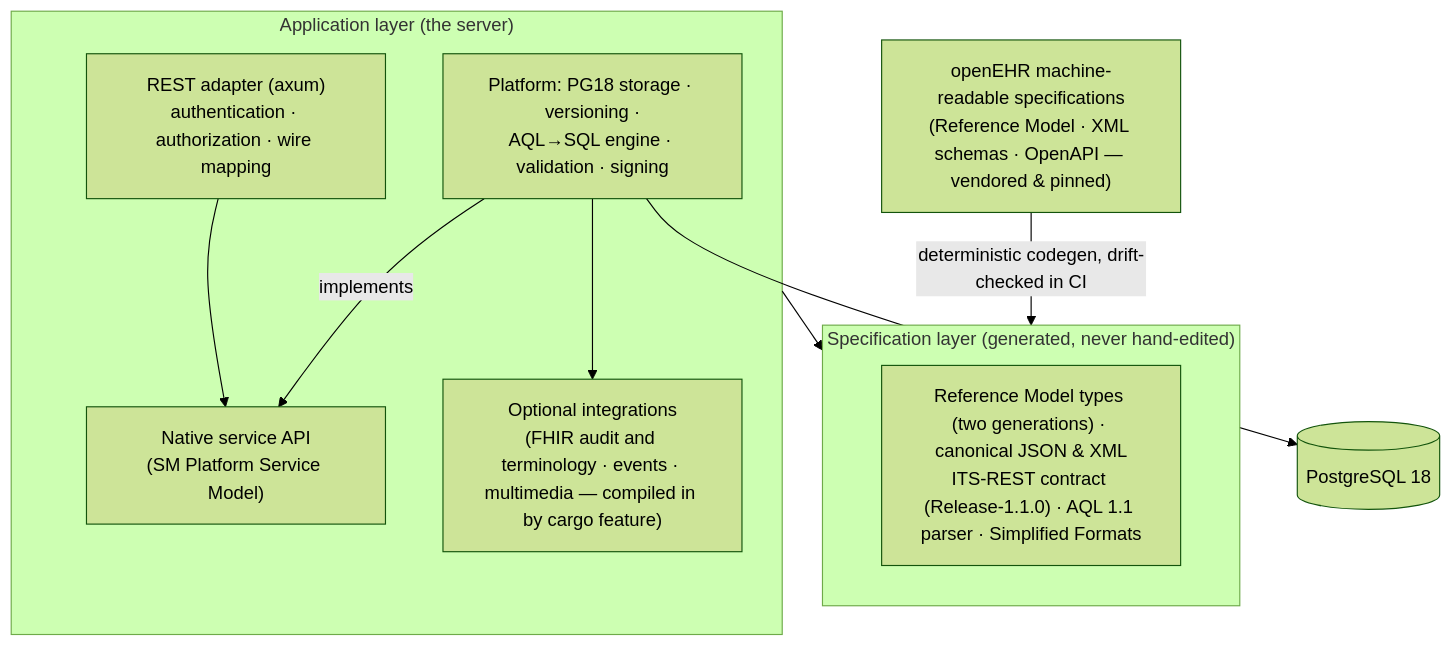
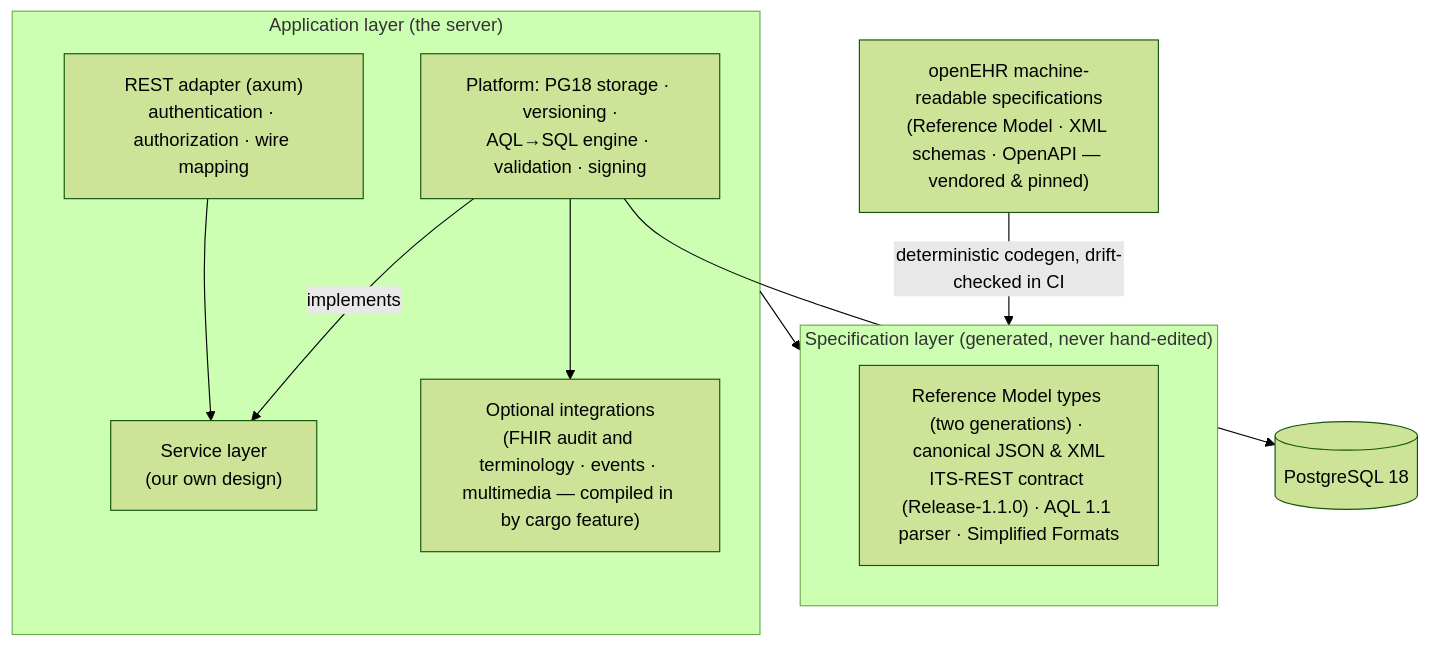
Before and after one commit to FerroHEALTH/FerroEHR: the first of 2 diagrams in website/book/src/concepts/architecture.md, drawn with Mermaid (forest theme). The commit also changed 69 other files, not shown here.

First line of the commit message:
docs: the Service Model is not an authority, the service layer is our own design (#4215)

````diff
--- a/website/book/src/concepts/architecture.md
+++ b/website/book/src/concepts/architecture.md
@@ -15,24 +15,24 @@
 ```mermaid
 flowchart TB
     specs["openEHR machine-readable specifications<br/>(Reference Model · XML schemas · OpenAPI — vendored &amp; pinned)"]
 
     subgraph gen ["Specification layer (generated, never hand-edited)"]
         types["Reference Model types (two generations) · canonical JSON &amp; XML<br/>ITS-REST contract (Release-1.1.0) · AQL 1.1 parser · Simplified Formats"]
     end
 
     subgraph app ["Application layer (the server)"]
         rest["REST adapter (axum)<br/>authentication · authorization · wire mapping"]
-        sm["Native service API<br/>(SM Platform Service Model)"]
+        sm["Service layer<br/>(our own design)"]
         core["Platform: PG18 storage · versioning ·<br/>AQL→SQL engine · validation · signing"]
         ext["Optional integrations<br/>(FHIR audit and terminology · events · multimedia — compiled in by cargo feature)"]
     end
 
     db[("PostgreSQL 18")]
 
     specs -->|deterministic codegen, drift-checked in CI| gen
     rest --> sm
     core -->|implements| sm
     core --> ext
     app --> gen
     core --> db
 ```
````
